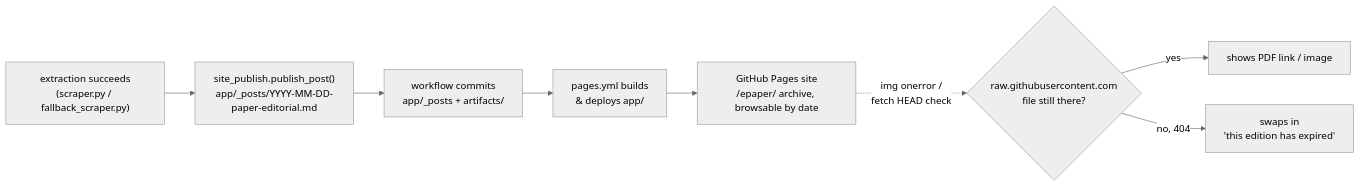
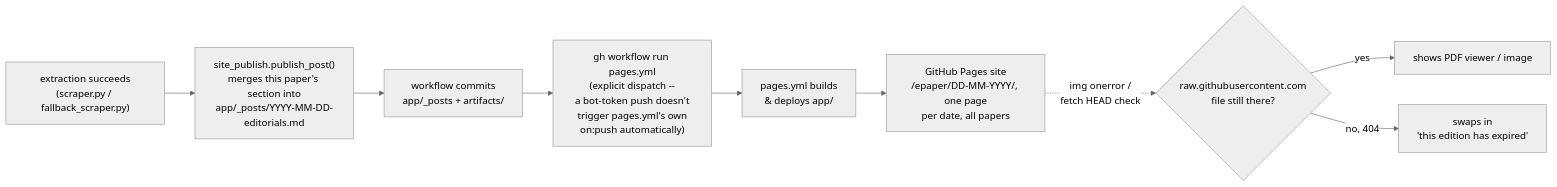
One commit to mantavyam/epaper-automation changed the third of 3 diagrams in README.md. Above: the diagram before and after it, drawn with Mermaid (neutral theme). The commit also changed other lines of this file and 305 other files, not shown here.

````diff
--- a/README.md
+++ b/README.md
@@ -80,11 +80,12 @@
 ```mermaid
 flowchart LR
-    extract["extraction succeeds\n(scraper.py / fallback_scraper.py)"] --> post["site_publish.publish_post()\napp/_posts/YYYY-MM-DD-paper-editorial.md"]
+    extract["extraction succeeds\n(scraper.py / fallback_scraper.py)"] --> post["site_publish.publish_post()\nmerges this paper's section into\napp/_posts/YYYY-MM-DD-editorials.md"]
     post --> commit["workflow commits\napp/_posts + artifacts/"]
-    commit --> pagesbuild["pages.yml builds\n& deploys app/"]
-    pagesbuild --> site["GitHub Pages site\n/epaper/ archive, browsable by date"]
+    commit --> dispatch["gh workflow run pages.yml\n(explicit dispatch --\na bot-token push doesn't\ntrigger pages.yml's own\non:push automatically)"]
+    dispatch --> pagesbuild["pages.yml builds\n& deploys app/"]
+    pagesbuild --> site["GitHub Pages site\n/epaper/DD-MM-YYYY/, one page\nper date, all papers"]
 
     site -.->|"img onerror /\nfetch HEAD check"| rawcheck{"raw.githubusercontent.com\nfile still there?"}
-    rawcheck -->|yes| show["shows PDF link / image"]
+    rawcheck -->|yes| show["shows PDF viewer / image"]
     rawcheck -->|no, 404| expired["swaps in\n'this edition has expired'"]
 ```
````
